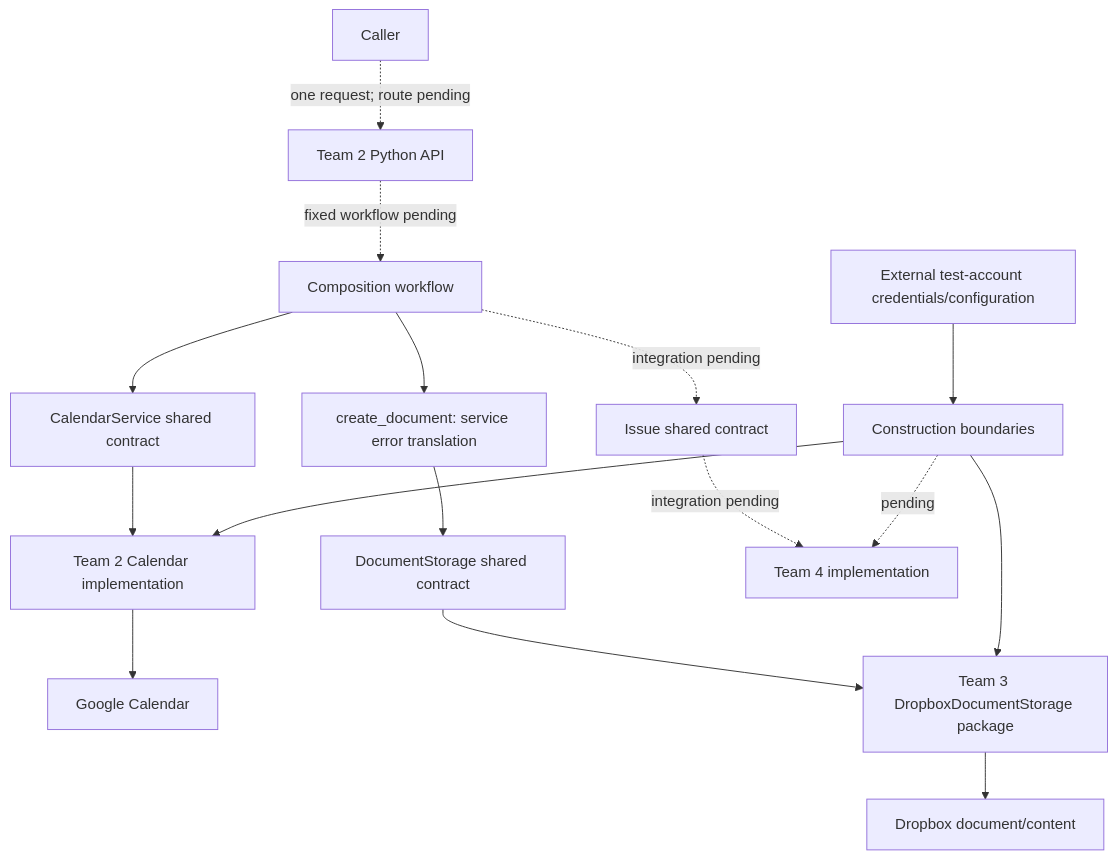
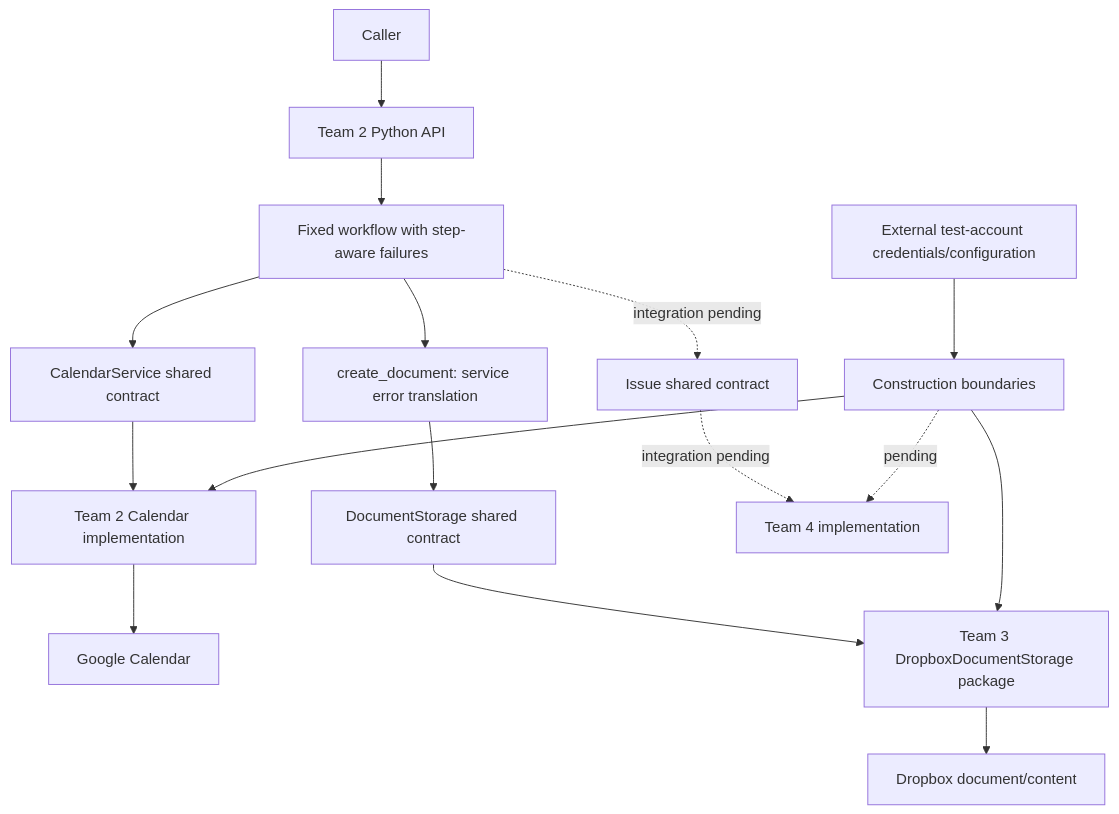
Before and after one commit to Airbus-A330/OSPSD-Team-2: the diagram in docs/DESIGN.md, drawn with Mermaid. The commit also changed other lines of this file and 11 other files, not shown here.

Commit message:
feat(workflow): report partial failures and configure controlled verification

````diff
--- a/docs/DESIGN.md
+++ b/docs/DESIGN.md
@@ -88,18 +163,18 @@
 ```mermaid
 flowchart TD
-    Caller[Caller] -. one request; route pending .-> API[Team 2 Python API]
-    API -. fixed workflow pending .-> Workflow[Composition workflow]
+    Caller[Caller] --> API[Team 2 Python API]
+    API --> Workflow[Fixed workflow with step-aware failures]
     Workflow --> Calendar[CalendarService shared contract]
     Calendar --> Team2[Team 2 Calendar implementation]
     Team2 --> Google[Google Calendar]
     Workflow --> Create[create_document: service error translation]
     Create --> Storage[DocumentStorage shared contract]
     Storage --> Team3[Team 3 DropboxDocumentStorage package]
     Team3 --> Dropbox[Dropbox document/content]
     Workflow -. integration pending .-> Issue[Issue shared contract]
     Issue -. integration pending .-> Team4[Team 4 implementation]
     Config[External test-account credentials/configuration] --> Factory[Construction boundaries]
     Factory --> Team2
     Factory --> Team3
     Factory -. pending .-> Team4
 ```
````
